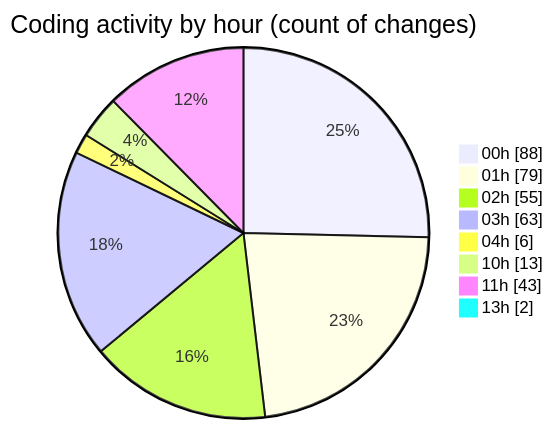
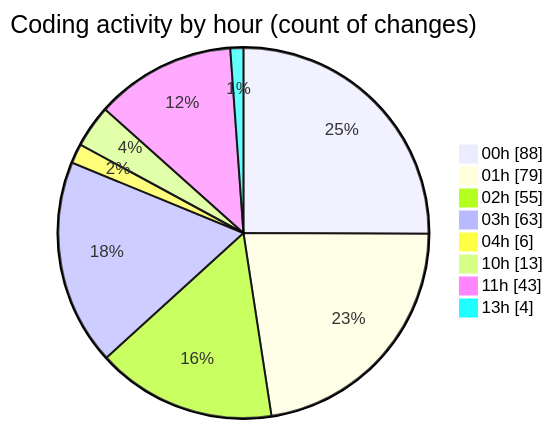
Before and after one commit to lephambinh05/code-tracking: the second of 2 diagrams in 2025-08-16/rentotp/README.md, drawn with Mermaid. The commit also changed other lines of this file and 1 other file, not shown here.

````diff
--- a/2025-08-16/rentotp/README.md
+++ b/2025-08-16/rentotp/README.md
@@ -80,12 +81,12 @@
 ```mermaid
 pie showData
 title Coding activity by hour (count of changes)
 "00h" : 88
 "01h" : 79
 "02h" : 55
 "03h" : 63
 "04h" : 6
 "10h" : 13
 "11h" : 43
-"13h" : 2
+"13h" : 4
 ```
````
